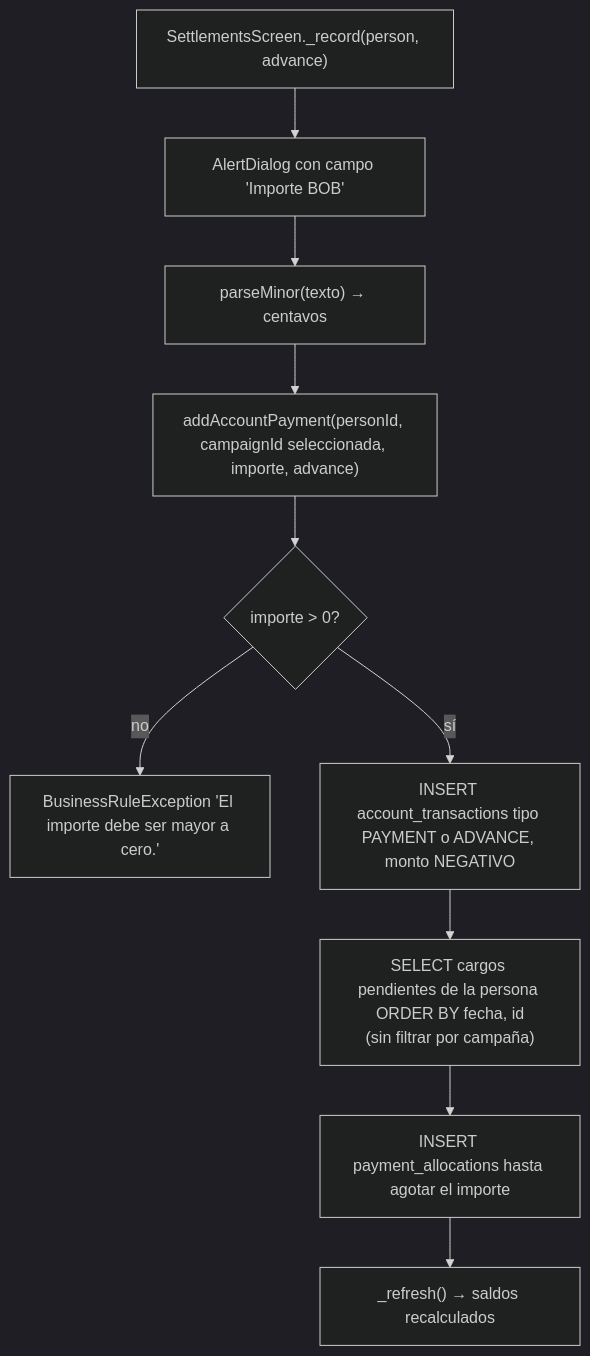
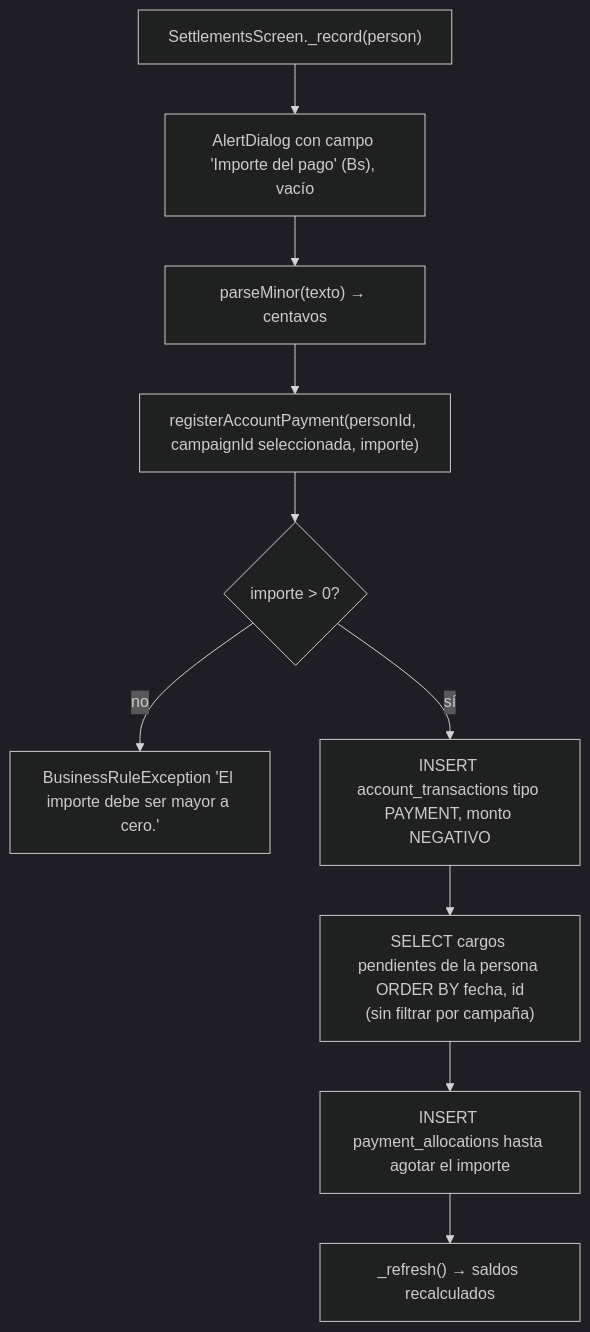
Before and after one commit to Roderich1/AppMovilAgroquimico: the eighth of 10 diagrams in docs/06_USER_FLOWS.md, drawn with Mermaid (dark theme). The commit also changed other lines of this file and 19 other files, not shown here.

````diff
--- a/docs/06_USER_FLOWS.md
+++ b/docs/06_USER_FLOWS.md
@@ -273,12 +273,12 @@
 ```mermaid
 flowchart TD
-    A["SettlementsScreen._record(person, advance)"] --> B["AlertDialog con campo 'Importe BOB'"]
+    A["SettlementsScreen._record(person)"] --> B["AlertDialog con campo 'Importe del pago' (Bs), vacío"]
     B --> C["parseMinor(texto) → centavos"]
-    C --> D["addAccountPayment(personId, campaignId seleccionada, importe, advance)"]
+    C --> D["registerAccountPayment(personId, campaignId seleccionada, importe)"]
     D --> E{"importe > 0?"}
     E -->|no| F["BusinessRuleException 'El importe debe ser mayor a cero.'"]
-    E -->|sí| G["INSERT account_transactions tipo PAYMENT o ADVANCE, monto NEGATIVO"]
+    E -->|sí| G["INSERT account_transactions tipo PAYMENT, monto NEGATIVO"]
     G --> H["SELECT cargos pendientes de la persona ORDER BY fecha, id<br/>(sin filtrar por campaña)"]
     H --> I["INSERT payment_allocations hasta agotar el importe"]
     I --> J["_refresh() → saldos recalculados"]
 ```
````
